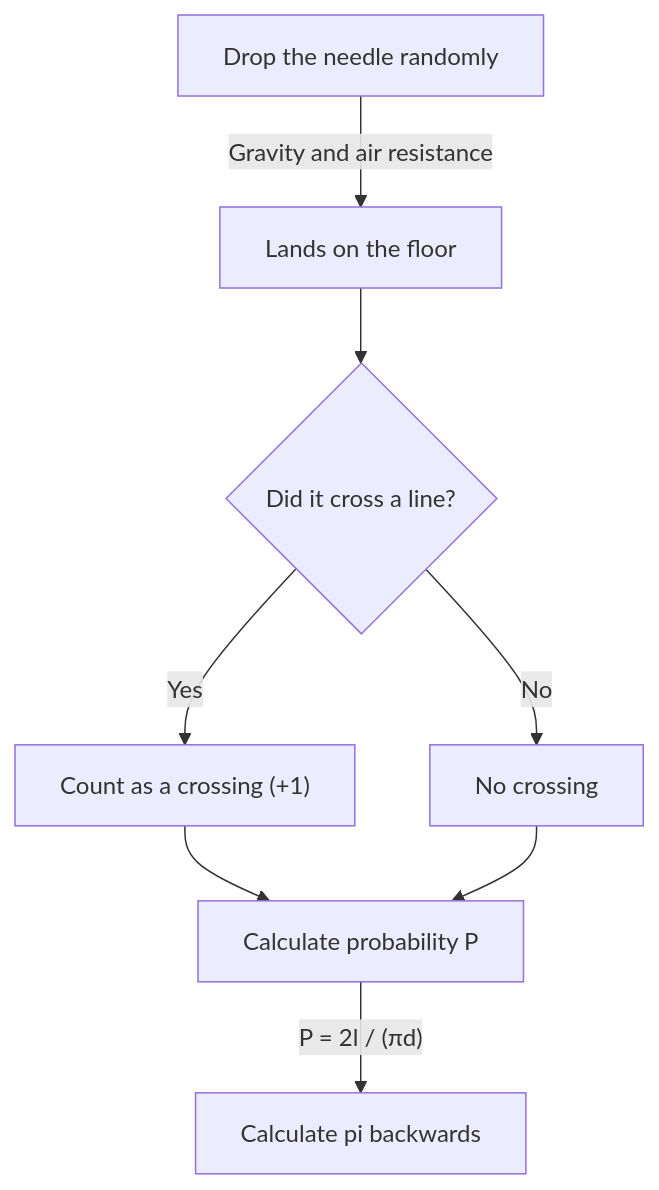
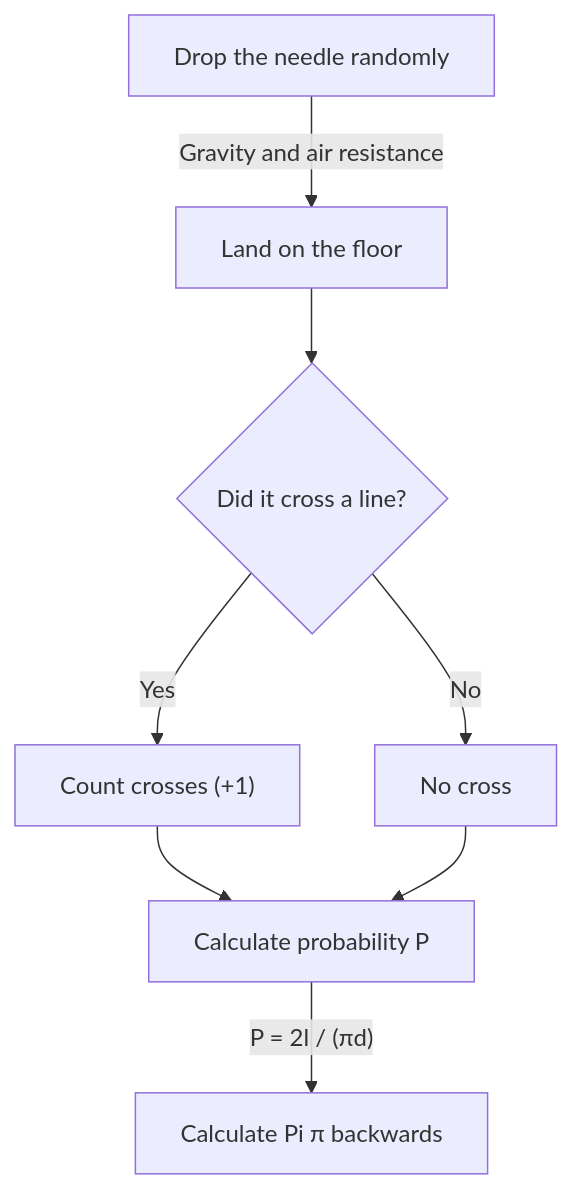
One commit to kenjinote/blog changed the diagram in content/post/buffons-needle/index.en.md. Above: the diagram before and after it, drawn with Mermaid. The commit also changed other lines of this file and 97 other files, not shown here.

````diff
--- a/content/post/buffons-needle/index.en.md
+++ b/content/post/buffons-needle/index.en.md
@@ -36,10 +36,10 @@
 ```mermaid
 graph TD
-    A["Drop the needle randomly"] -->|"Gravity and air resistance"| B["Lands on the floor"]
+    A["Drop the needle randomly"] -->|"Gravity and air resistance"| B["Land on the floor"]
     B --> C{"Did it cross a line?"}
-    C -->|"Yes"| D["Count as a crossing (+1)"]
-    C -->|"No"| E["No crossing"]
+    C -->|"Yes"| D["Count crosses (+1)"]
+    C -->|"No"| E["No cross"]
     D --> F["Calculate probability P"]
     E --> F
-    F -->|"P = 2l / (πd)"| G["Calculate pi backwards"]
+    F -->|"P = 2l / (πd)"| G["Calculate Pi π backwards"]
 ```
````
